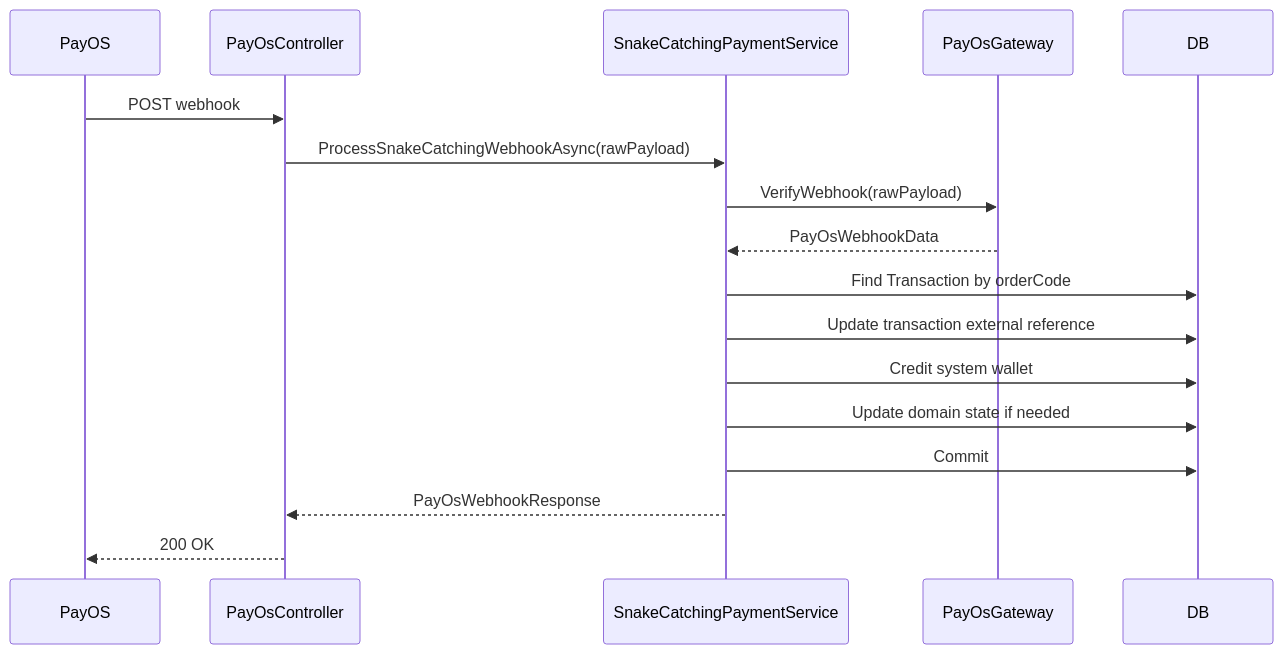
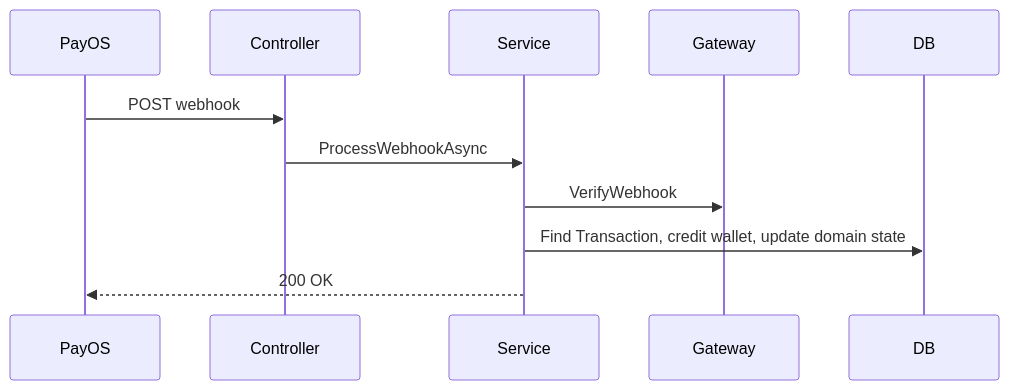
One commit to Snake-AID/SnakeAid.Docs changed the third of 4 diagrams in Docs/05-Backend/02-layers/payos/payos.sourcecode.md. Above: the diagram before and after it, drawn with Mermaid. The commit also changed other lines of this file and 2 other files, not shown here.

Commit message:
docs: update PayOS layer documentation with current architecture and endpoint details

````diff
--- a/Docs/05-Backend/02-layers/payos/payos.sourcecode.md
+++ b/Docs/05-Backend/02-layers/payos/payos.sourcecode.md
@@ -256,20 +92,8 @@
 ```mermaid
 sequenceDiagram
-    participant PayOS
-    participant Controller as PayOsController
-    participant Service as SnakeCatchingPaymentService
-    participant Gateway as PayOsGateway
-    participant DB as DB
-
     PayOS->>Controller: POST webhook
-    Controller->>Service: ProcessSnakeCatchingWebhookAsync(rawPayload)
-    Service->>Gateway: VerifyWebhook(rawPayload)
-    Gateway-->>Service: PayOsWebhookData
-    Service->>DB: Find Transaction by orderCode
-    Service->>DB: Update transaction external reference
-    Service->>DB: Credit system wallet
-    Service->>DB: Update domain state if needed
-    Service->>DB: Commit
-    Service-->>Controller: PayOsWebhookResponse
-    Controller-->>PayOS: 200 OK
+    Controller->>Service: ProcessWebhookAsync
+    Service->>Gateway: VerifyWebhook
+    Service->>DB: Find Transaction, credit wallet, update domain state
+    Service-->>PayOS: 200 OK
 ```
````
